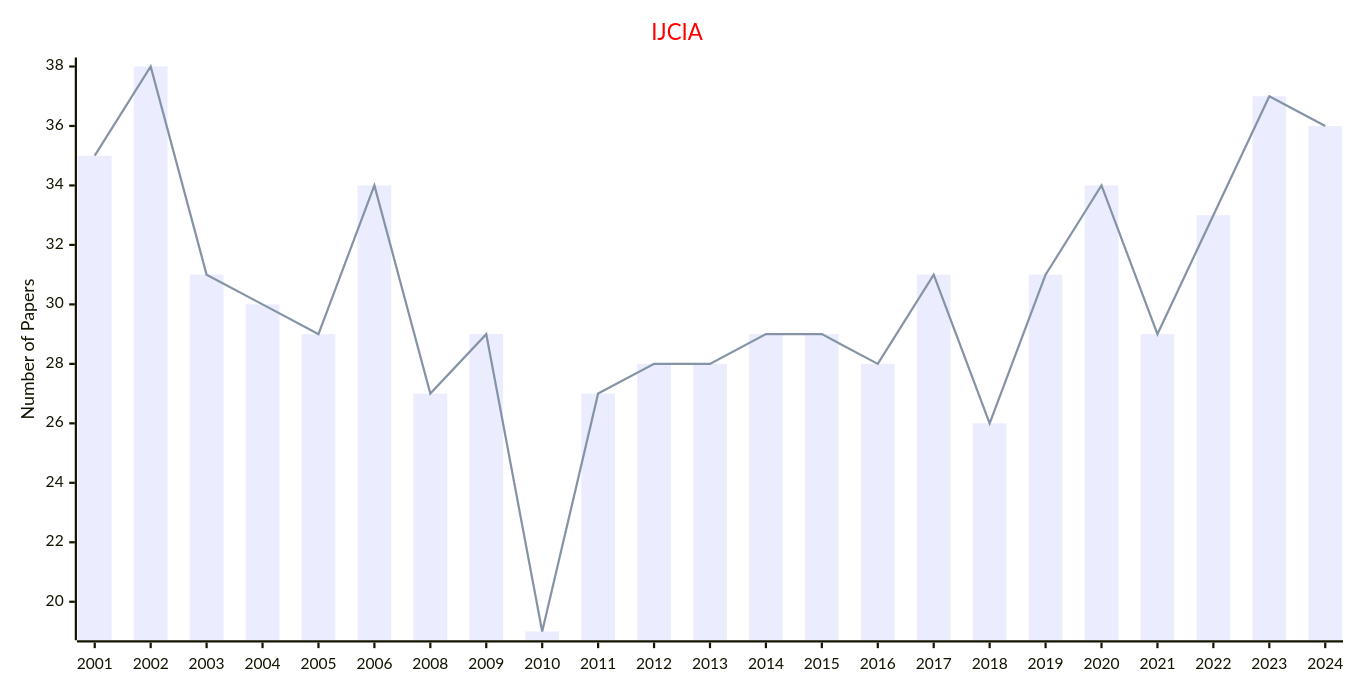
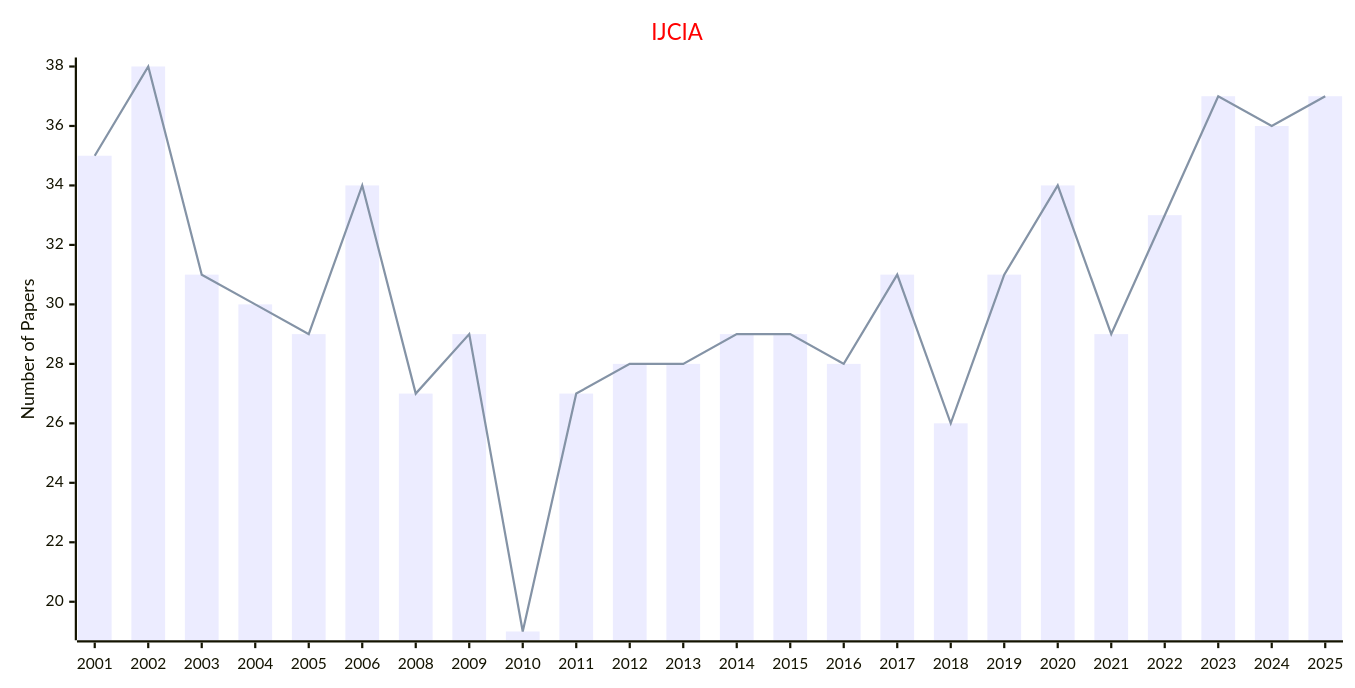
One commit to Easy-PhD/AILinks changed the eighth of 8 diagrams in docs/data/Journals/Statistics_Journals/Computational_Intelligence.md. Above: the diagram before and after it, drawn with Mermaid. The commit also changed other lines of this file and 93 other files, not shown here.

````diff
--- a/docs/data/Journals/Statistics_Journals/Computational_Intelligence.md
+++ b/docs/data/Journals/Statistics_Journals/Computational_Intelligence.md
@@ -177,17 +177,17 @@
 ```mermaid
 ---
 config:
     xyChart:
         width: 1200
         height: 600
     themeVariables:
         xyChart:
             titleColor: "#ff0000"
 ---
 xychart-beta
     title "IJCIA"
-    x-axis [2001, 2002, 2003, 2004, 2005, 2006, 2008, 2009, 2010, 2011, 2012, 2013, 2014, 2015, 2016, 2017, 2018, 2019, 2020, 2021, 2022, 2023, 2024]
+    x-axis [2001, 2002, 2003, 2004, 2005, 2006, 2008, 2009, 2010, 2011, 2012, 2013, 2014, 2015, 2016, 2017, 2018, 2019, 2020, 2021, 2022, 2023, 2024, 2025]
     y-axis "Number of Papers"
-    bar [35, 38, 31, 30, 29, 34, 27, 29, 19, 27, 28, 28, 29, 29, 28, 31, 26, 31, 34, 29, 33, 37, 36]
-    line [35, 38, 31, 30, 29, 34, 27, 29, 19, 27, 28, 28, 29, 29, 28, 31, 26, 31, 34, 29, 33, 37, 36]
+    bar [35, 38, 31, 30, 29, 34, 27, 29, 19, 27, 28, 28, 29, 29, 28, 31, 26, 31, 34, 29, 33, 37, 36, 37]
+    line [35, 38, 31, 30, 29, 34, 27, 29, 19, 27, 28, 28, 29, 29, 28, 31, 26, 31, 34, 29, 33, 37, 36, 37]
 ```
````
